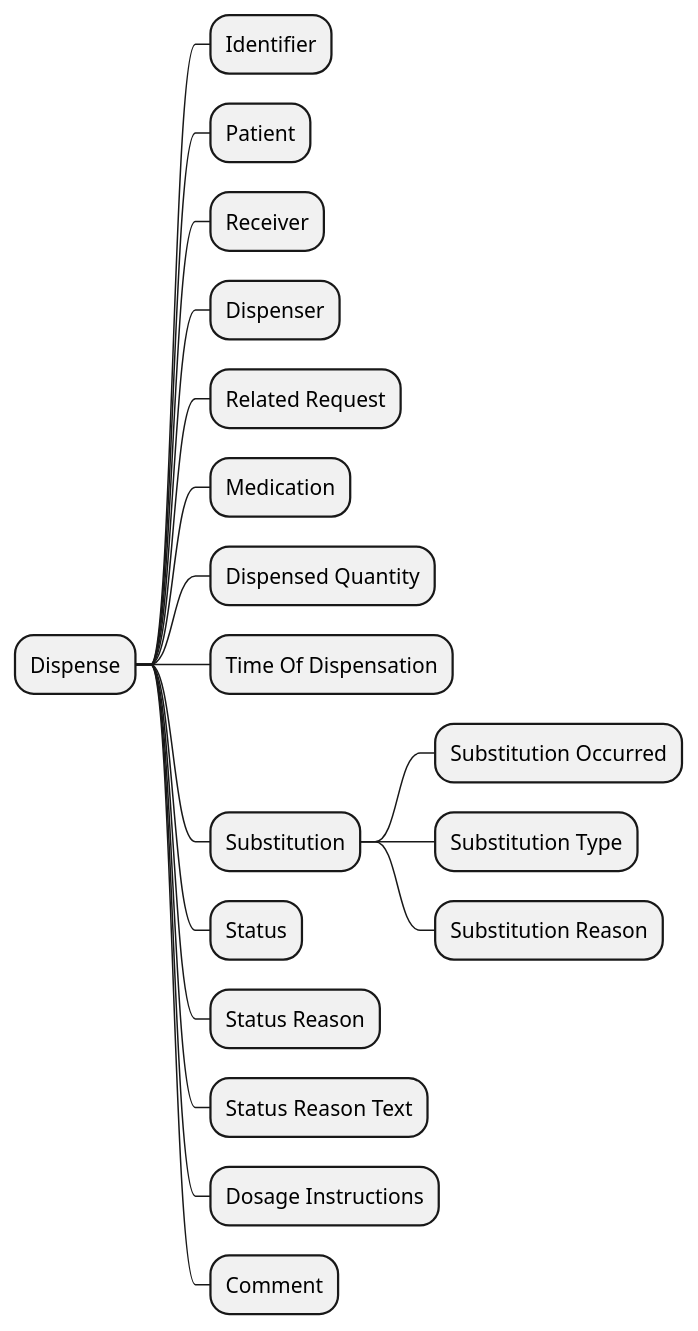
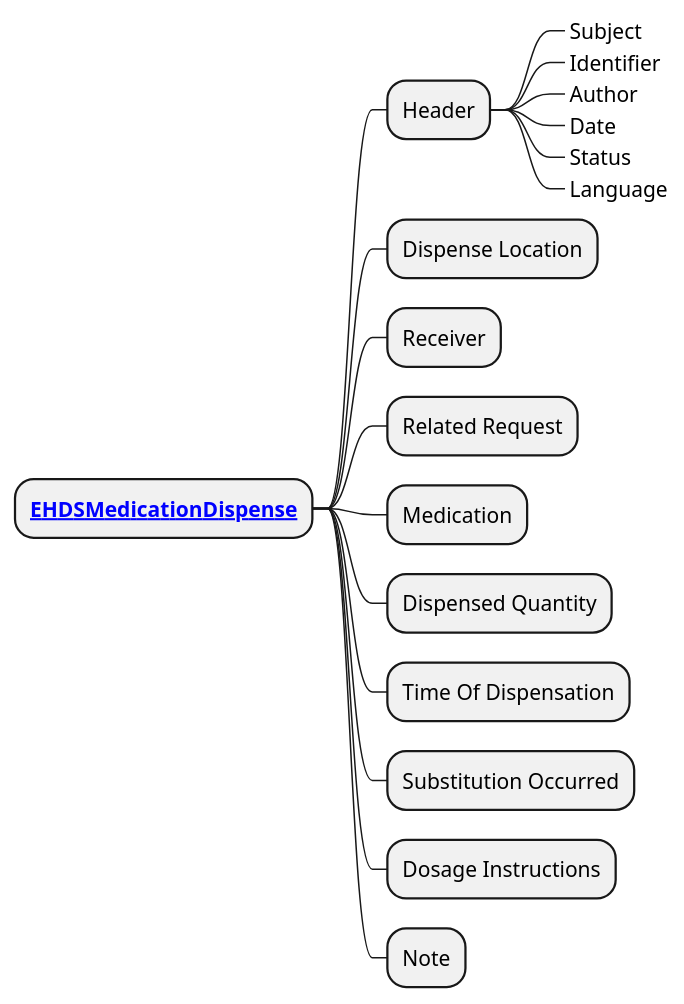
Before and after one commit to Xt-EHR/xt-ehr-common: the diagram in input/images-source/prescription_dispense_CIM_TC.plantuml, drawn with PlantUML. The commit also changed 7 other files, not shown here.

Commit message:
new mindmaps for imaging, lab, meds

```diff
--- a/input/images-source/prescription_dispense_CIM_TC.plantuml
+++ b/input/images-source/prescription_dispense_CIM_TC.plantuml
@@ -1,20 +1,21 @@
 @startmindmap
-* Dispense
-** Identifier
-** Patient
+skinparam topurl StructureDefinition-
+
+* **[[EHDSMedicationDispense.html EHDSMedicationDispense]]**
+** Header
+***_ Subject
+***_ Identifier
+***_ Author
+***_ Date
+***_ Status
+***_ Language
+** Dispense Location
 ** Receiver
-** Dispenser
 ** Related Request
 ** Medication
 ** Dispensed Quantity
 ** Time Of Dispensation
-** Substitution
-*** Substitution Occurred
-*** Substitution Type
-*** Substitution Reason
-** Status
-** Status Reason
-** Status Reason Text
+** Substitution Occurred
 ** Dosage Instructions
-** Comment
+** Note
 @endmindmap
```
